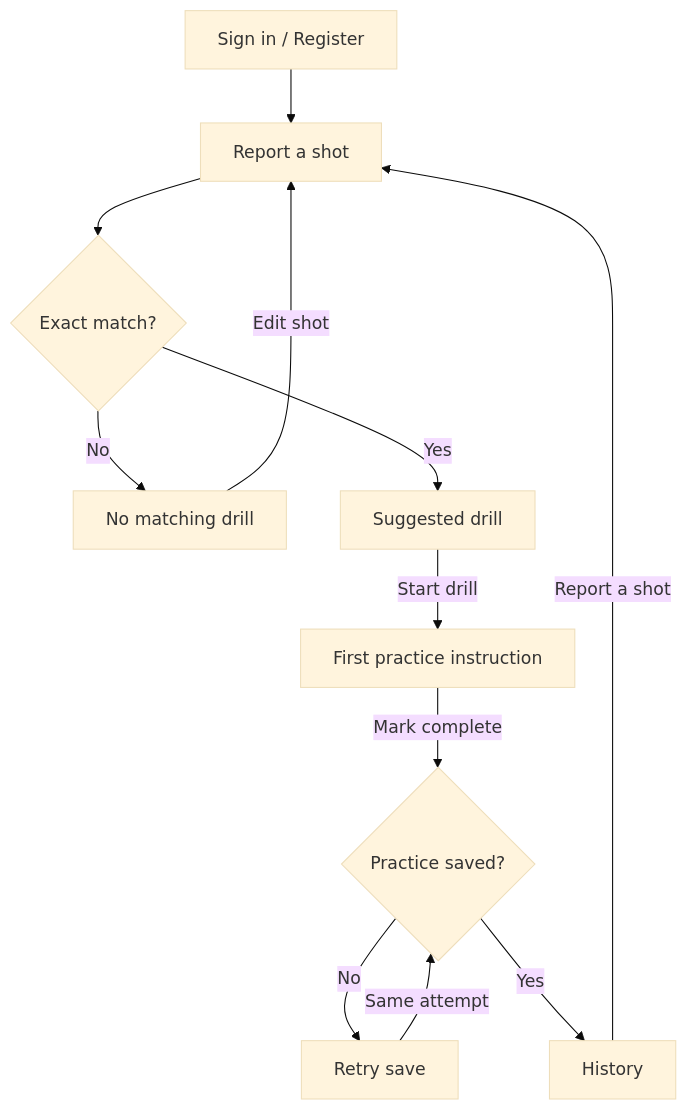
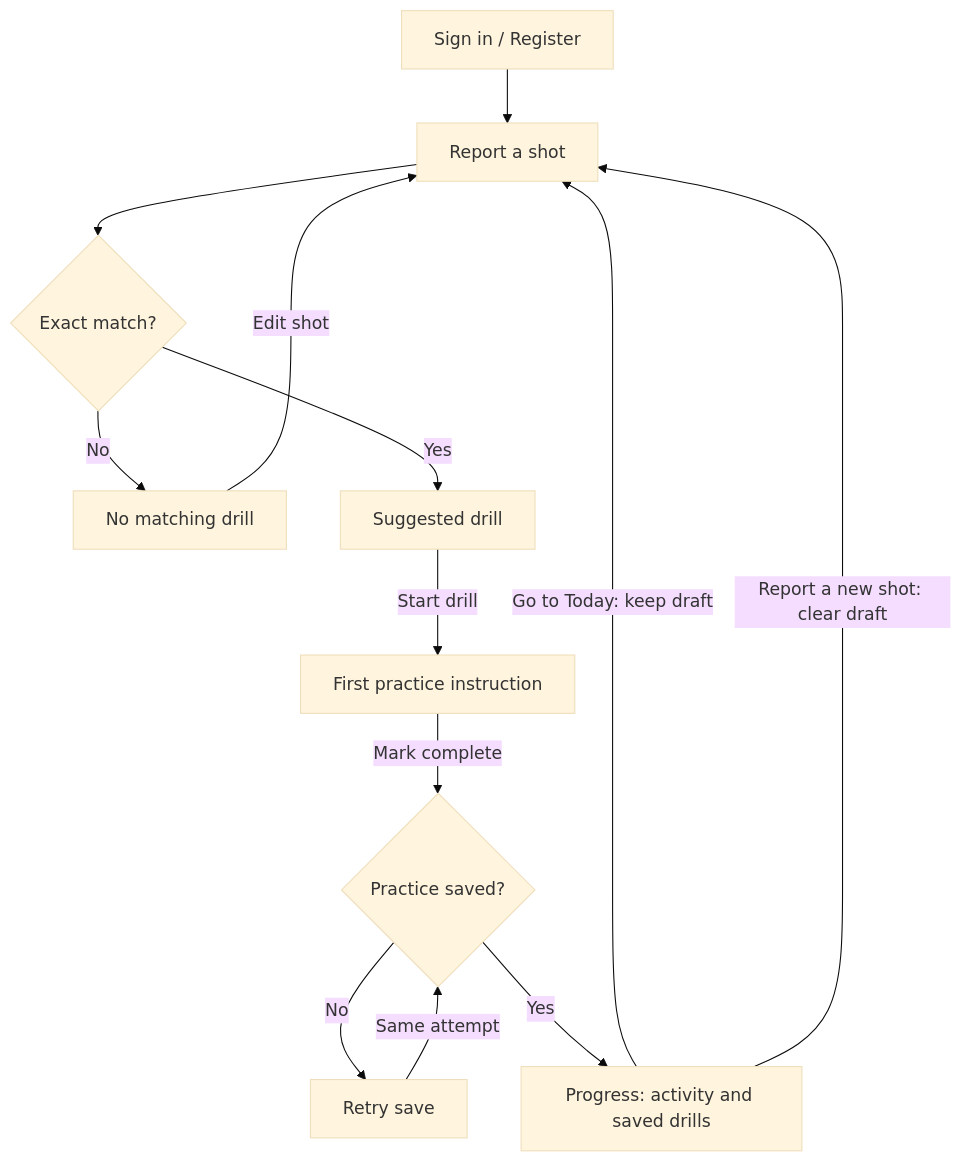
Before and after one commit to CakraSera/prototype-golf: the first of 2 diagrams in README.md, drawn with Mermaid (base theme). The commit also changed other lines of this file and 9 other files, not shown here.

````diff
--- a/README.md
+++ b/README.md
@@ -79,14 +86,15 @@
 ```mermaid
 flowchart TD
     signin["Sign in / Register"] --> report
     report["Report a shot"] --> match{"Exact match?"}
     match -->|No| missing["No matching drill"]
     missing -->|Edit shot| report
     match -->|Yes| drill["Suggested drill"]
     drill -->|Start drill| practice["First practice instruction"]
     practice -->|Mark complete| save{"Practice saved?"}
     save -->|No| retry["Retry save"]
     retry -->|Same attempt| save
-    save -->|Yes| history["History"]
-    history -->|Report a shot| report
+    save -->|Yes| history["Progress: activity and saved drills"]
+    history -->|Go to Today: keep draft| report
+    history -->|Report a new shot: clear draft| report
 ```
````
